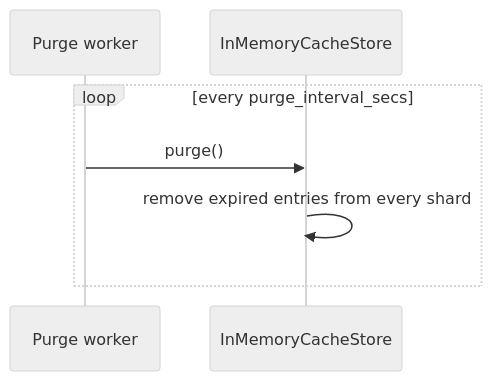
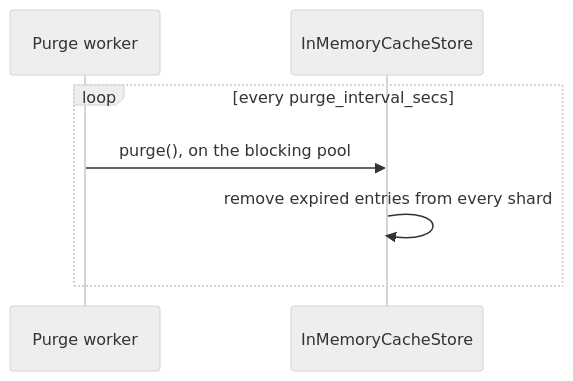
Before and after one commit to sisaio/sisa-caching-rs: the seventh of 8 diagrams in docs/02-flows.md, drawn with Mermaid (neutral theme). The commit also changed other lines of this file and 9 other files, not shown here.

First line of the commit message:
fix(memory): run trims and purges on the blocking pool

````diff
--- a/docs/02-flows.md
+++ b/docs/02-flows.md
@@ -210,10 +214,10 @@
 ```mermaid
 sequenceDiagram
     participant W as Purge worker
     participant Store as InMemoryCacheStore
 
     loop every purge_interval_secs
-        W->>Store: purge()
+        W->>Store: purge(), on the blocking pool
         Store->>Store: remove expired entries from every shard
     end
 ```
````
